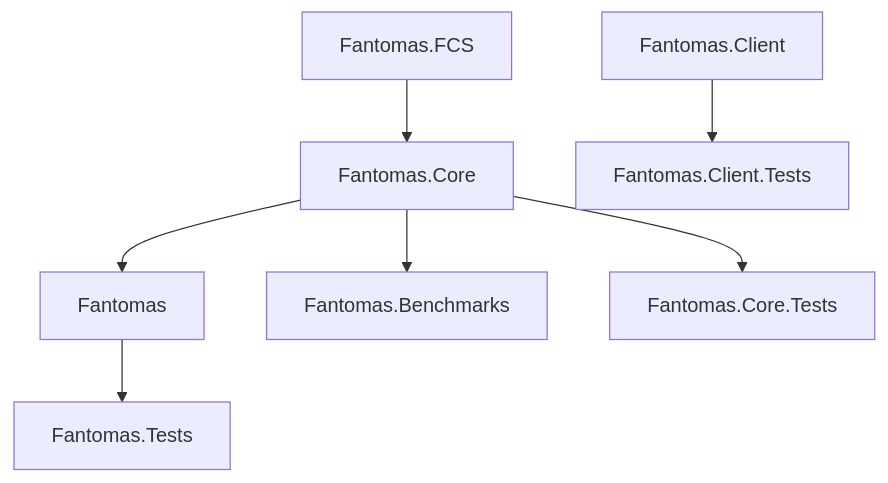
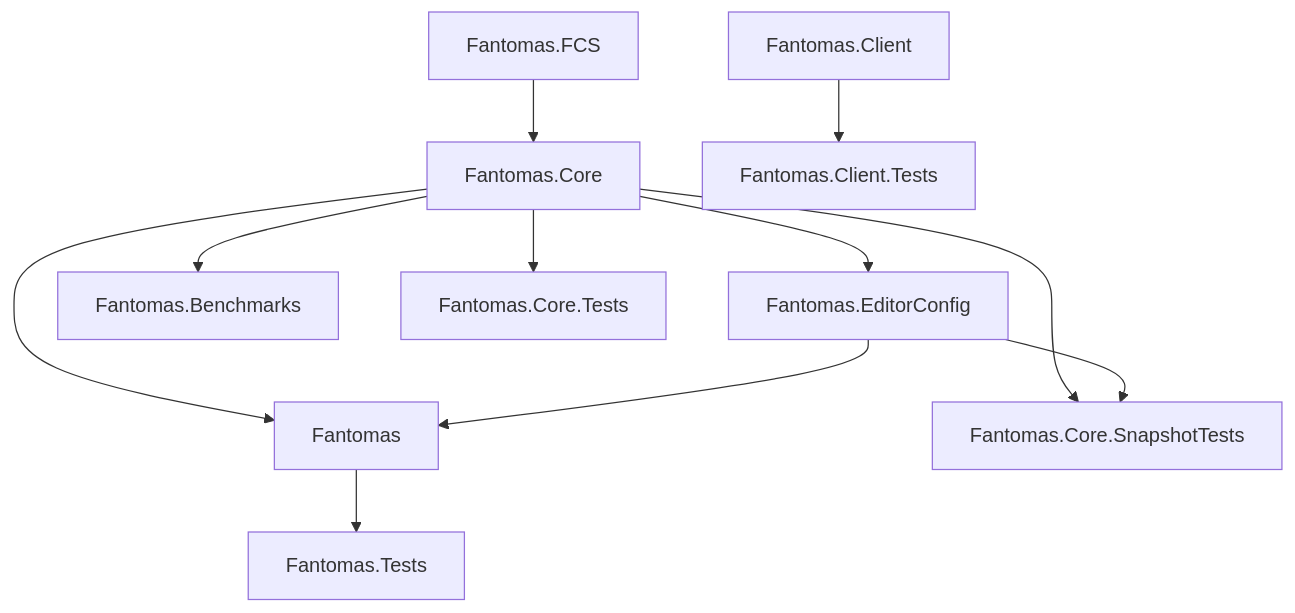
Before and after one commit to nojaf/fantomas: the diagram in docs/contributors/Solution Structure.md, drawn with Mermaid. The commit also changed other lines of this file and 585 other files, not shown here.

````diff
--- a/docs/contributors/Solution Structure.md
+++ b/docs/contributors/Solution Structure.md
@@ -12,9 +12,13 @@
 ```mermaid
 graph TD
     A[Fantomas.FCS] --> B
-    B[Fantomas.Core] --> C[Fantomas]
+    B[Fantomas.Core] --> J[Fantomas.EditorConfig]
+    B --> C[Fantomas]
+    J --> C
     B --> D[Fantomas.Benchmarks]
     B --> E[Fantomas.Core.Tests]
+    B --> I[Fantomas.Core.SnapshotTests]
+    J --> I
     C --> F[Fantomas.Tests]
     G[Fantomas.Client] --> H[Fantomas.Client.Tests]
 ```
````
